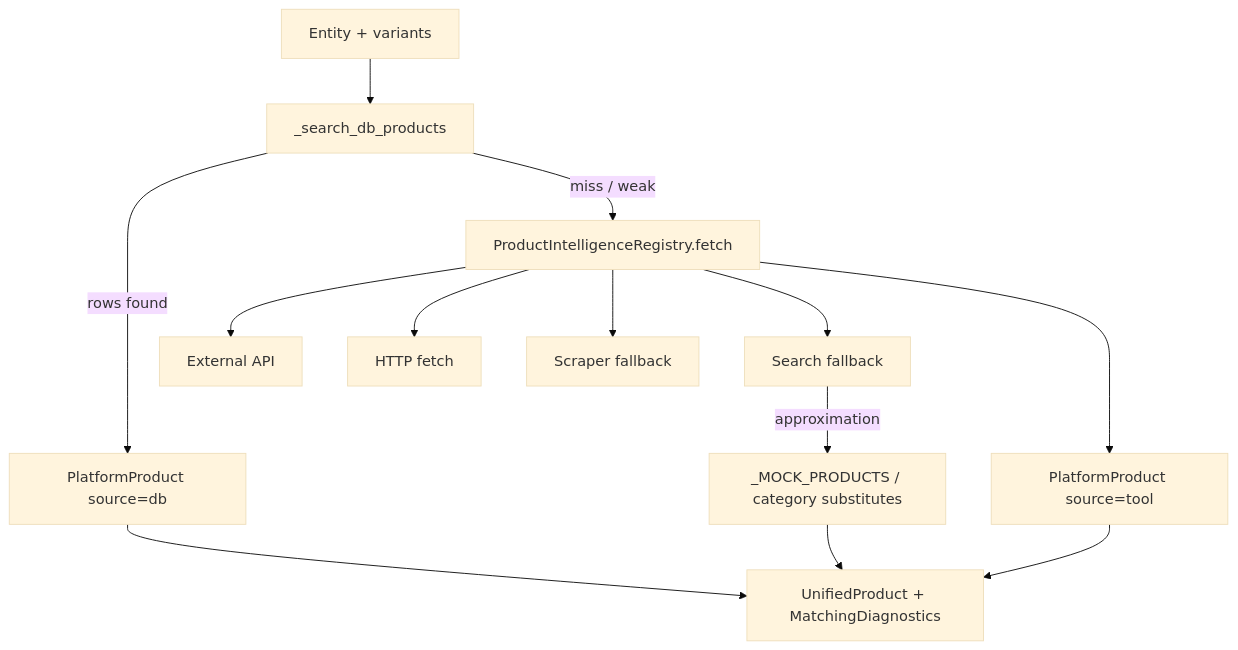
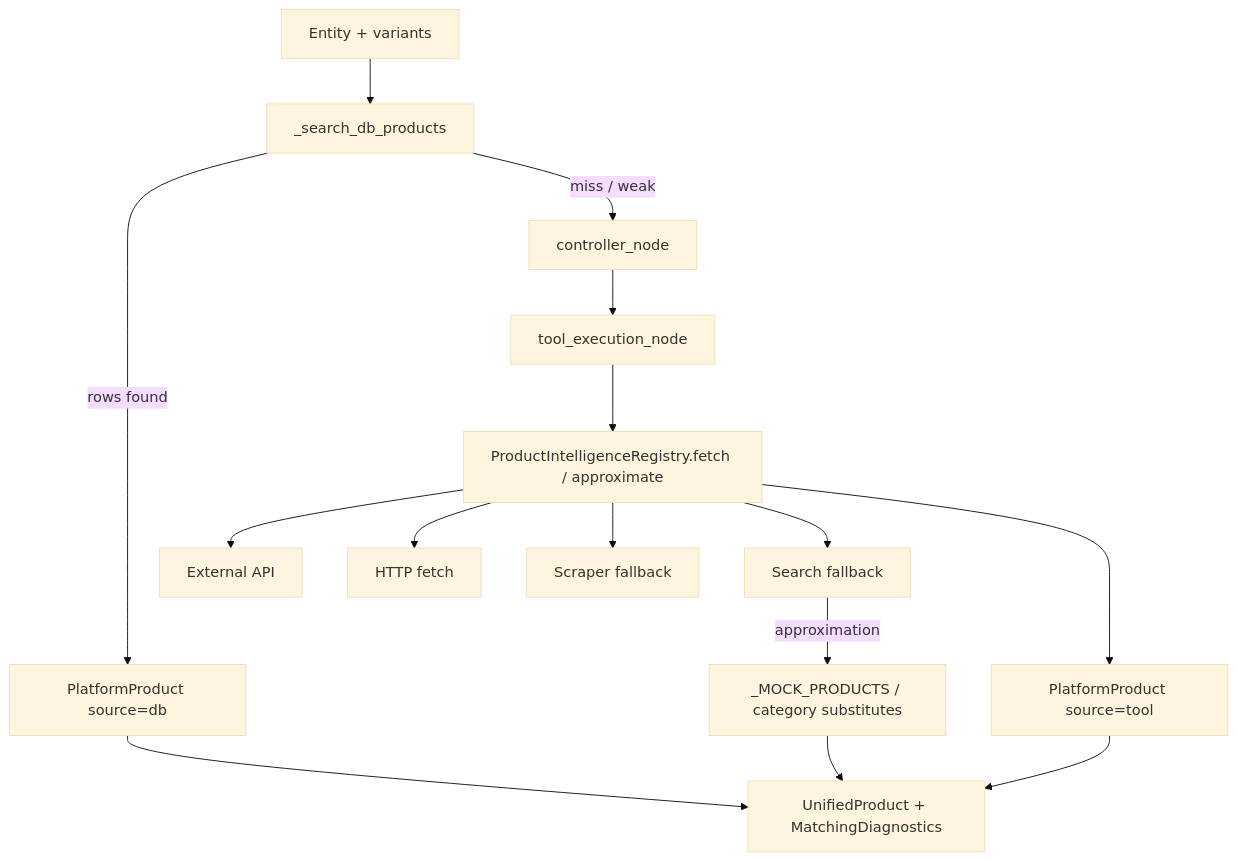
Before and after one commit to chandankumar123456/smartcart-ai-backend: the second of 3 diagrams in README.md, drawn with Mermaid (base theme). The commit also changed other lines of this file and 14 other files, not shown here.

First line of the commit message:
Implement controller-driven agent graph

````diff
--- a/README.md
+++ b/README.md
@@ -144,15 +160,17 @@
 ```mermaid
 flowchart TD
     E[Entity + variants] --> DBQ[_search_db_products]
     DBQ -->|rows found| DBR[PlatformProduct source=db]
-    DBQ -->|miss / weak| TOOLS[ProductIntelligenceRegistry.fetch]
+    DBQ -->|miss / weak| CTRL[controller_node]
+    CTRL --> TOOLNODE[tool_execution_node]
+    TOOLNODE --> TOOLS[ProductIntelligenceRegistry.fetch / approximate]
     TOOLS --> API[External API]
     TOOLS --> HTTP[HTTP fetch]
     TOOLS --> SCRAPE[Scraper fallback]
     TOOLS --> SEARCH[Search fallback]
     TOOLS --> APIR[PlatformProduct source=tool]
     APIR --> UNIFY[UnifiedProduct + MatchingDiagnostics]
     DBR --> UNIFY
     SEARCH -->|approximation| MOCK[_MOCK_PRODUCTS / category substitutes]
     MOCK --> UNIFY
 ```
````
